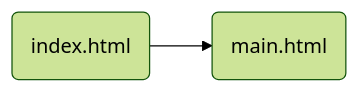
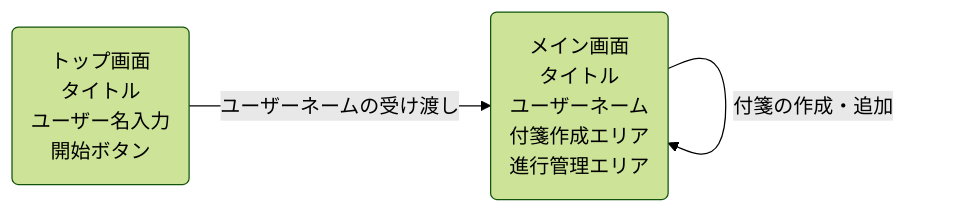
One commit to Seiya-Sakaguchi/StickyNote changed the diagram in markdown/flow.md. Above: the diagram before and after it, drawn with Mermaid (forest theme).

Commit message:
画面遷移図追加

````diff
--- a/markdown/flow.md
+++ b/markdown/flow.md
@@ -1,8 +1,16 @@
 ```mermaid
 graph LR
-A(index.html)
-B(main.html)
+A(トップ画面
+タイトル
+ユーザー名入力
+開始ボタン)
+B(メイン画面
+タイトル
+ユーザーネーム
+付箋作成エリア
+進行管理エリア)
 
-A --> B
+A -->|ユーザーネームの受け渡し| B
+B -->|付箋の作成・追加| B
 
 ```
````
